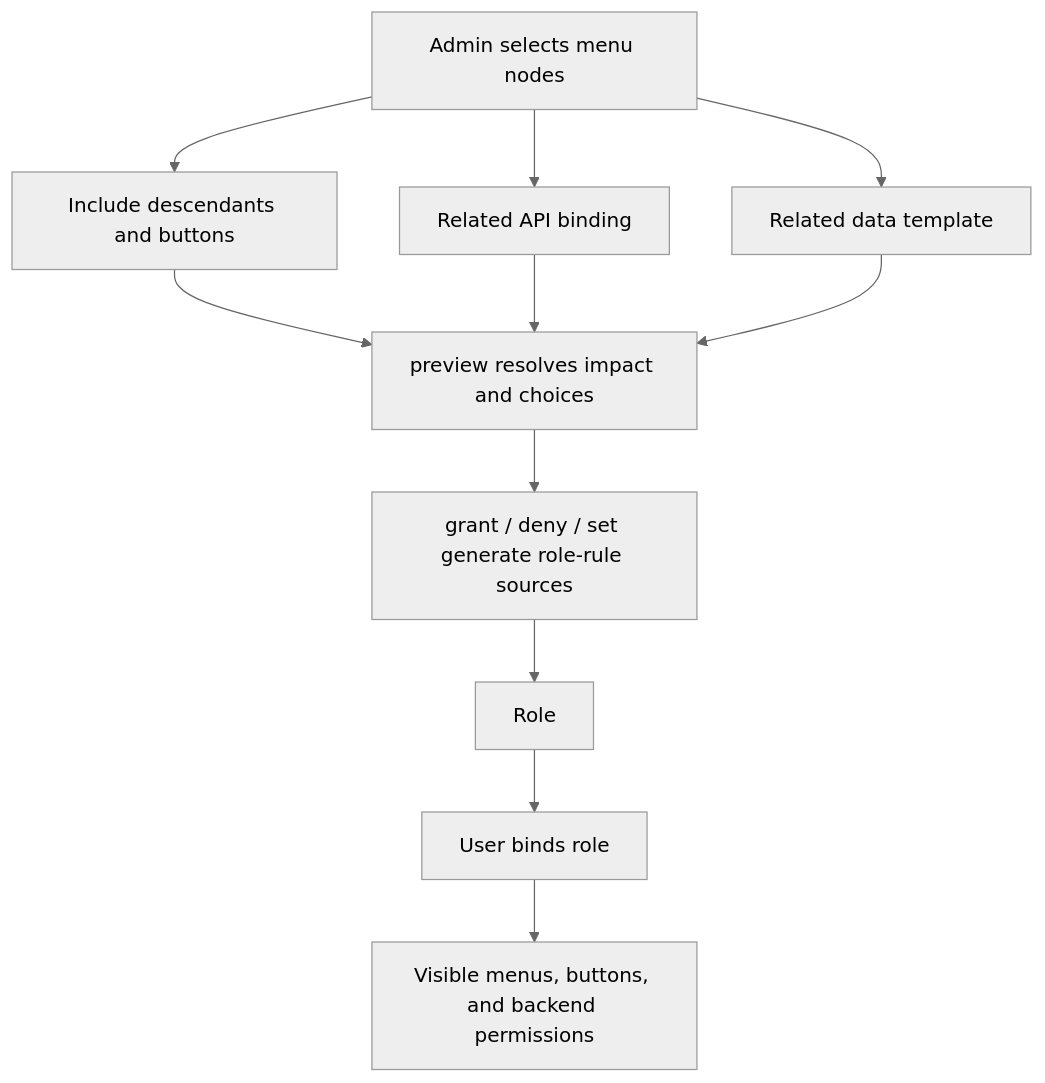
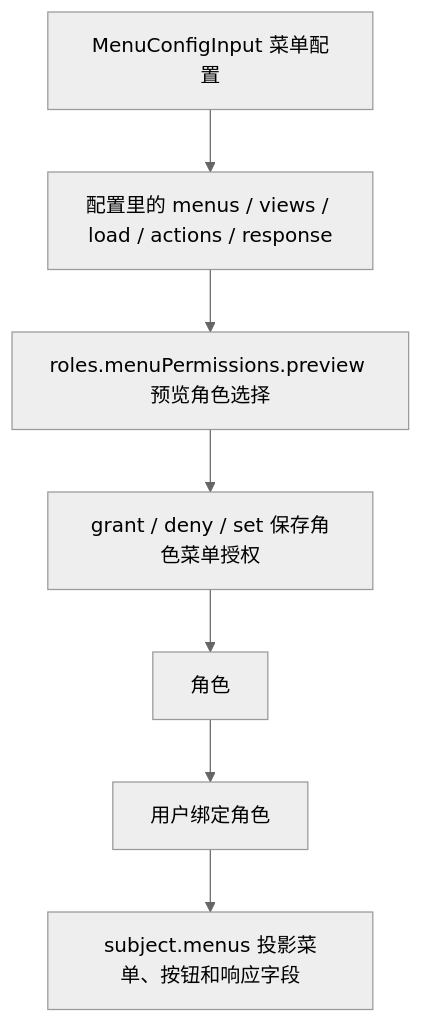
One commit to vextjs/permission-core changed the diagram in website/docs/guide/role-menu-authorization.md. Above: the diagram before and after it, drawn with Mermaid (neutral theme). The commit also changed other lines of this file and 126 other files, not shown here.

Commit message:
feat: redesign menu config permissions

````diff
--- a/website/docs/guide/role-menu-authorization.md
+++ b/website/docs/guide/role-menu-authorization.md
@@ -10,15 +10,11 @@
 ```mermaid
 flowchart TD
-  accTitle: Role-menu authorization object relationship
-  accDescr: An administrator selects menu nodes, related buttons, API bindings, and data templates; preview resolves the selection into traceable role rules, and users receive visible menus and backend permissions through role bindings.
-  A["Admin selects menu nodes"] --> B["Include descendants and buttons"]
-  A --> C["Related API binding"]
-  A --> D["Related data template"]
-  B --> E["preview resolves impact and choices"]
-  C --> E
-  D --> E
-  E --> F["grant / deny / set generate role-rule sources"]
-  F --> G["Role"]
-  G --> H["User binds role"]
-  H --> I["Visible menus, buttons, and backend permissions"]
+  accTitle: Role-menu authorization relationship
+  accDescr: A saved menu config supplies grantable menus, views, APIs, actions, and response fields; role-menu grants and user-role bindings determine the subject runtime projection.
+  A["MenuConfigInput 菜单配置"] --> B["配置里的 menus / views / load / actions / response"]
+  B --> C["roles.menuPermissions.preview 预览角色选择"]
+  C --> D["grant / deny / set 保存角色菜单授权"]
+  D --> E["角色"]
+  E --> F["用户绑定角色"]
+  F --> G["subject.menus 投影菜单、按钮和响应字段"]
 ```
````
